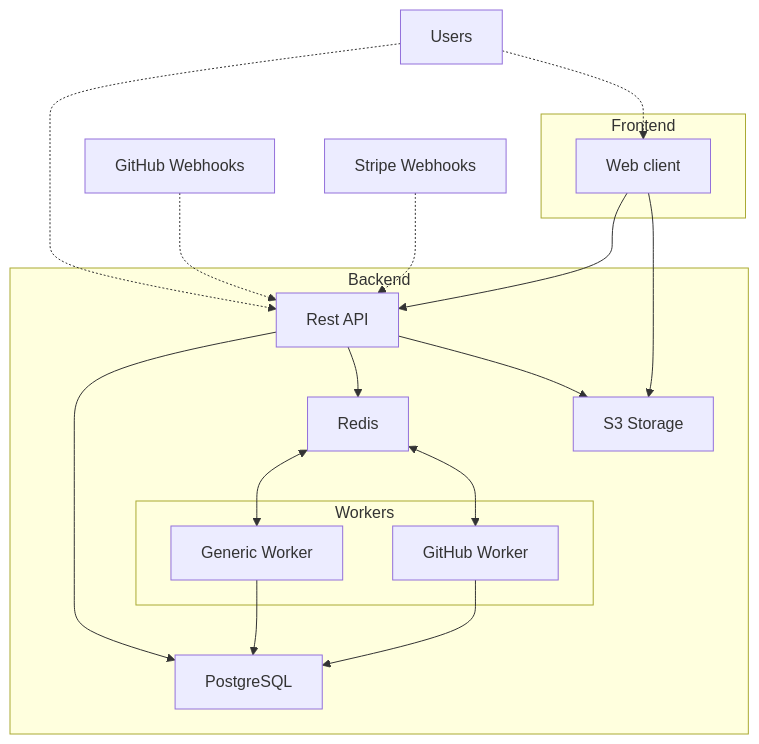
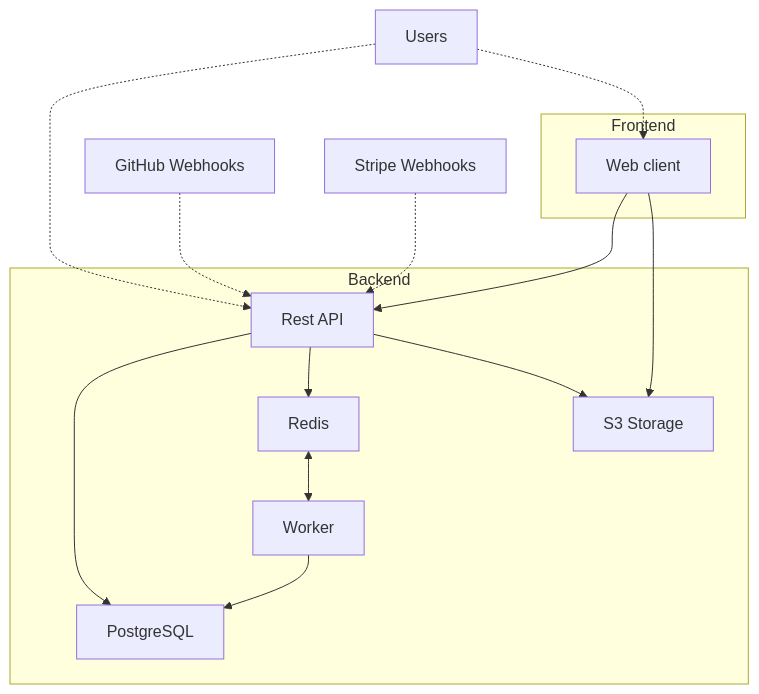
The diagram in DEVELOPMENT.md (dreamableai/polar_coporation), drawn with Mermaid before and after one commit. The commit also changed other lines of this file and 3 other files, not shown here.

````diff
--- a/DEVELOPMENT.md
+++ b/DEVELOPMENT.md
@@ -11,34 +11,29 @@
 ```mermaid
 flowchart TD
     subgraph "Backend"
         API["Rest API"]
         POSTGRESQL["PostgreSQL"]
         REDIS["Redis"]
         S3["S3 Storage"]
-        subgraph "Workers"
-            WORKER["Generic Worker"]
-            GITHUB_WORKER["GitHub Worker"]
-        end
+        WORKER["Worker"]
     end
     subgraph "Frontend"
         WEB["Web client"]
     end
     GITHUB_WH["GitHub Webhooks"]
     STRIPE_WH["Stripe Webhooks"]
     USERS["Users"]
 
     WEB --> API
     API --> POSTGRESQL
     API --> REDIS
     REDIS <--> WORKER
-    REDIS <--> GITHUB_WORKER
     WORKER --> POSTGRESQL
-    GITHUB_WORKER --> POSTGRESQL
     API --> S3
     WEB --> S3
 
     GITHUB_WH -.-> API
     STRIPE_WH -.-> API
     USERS -.-> API
     USERS -.-> WEB
 ```
````
